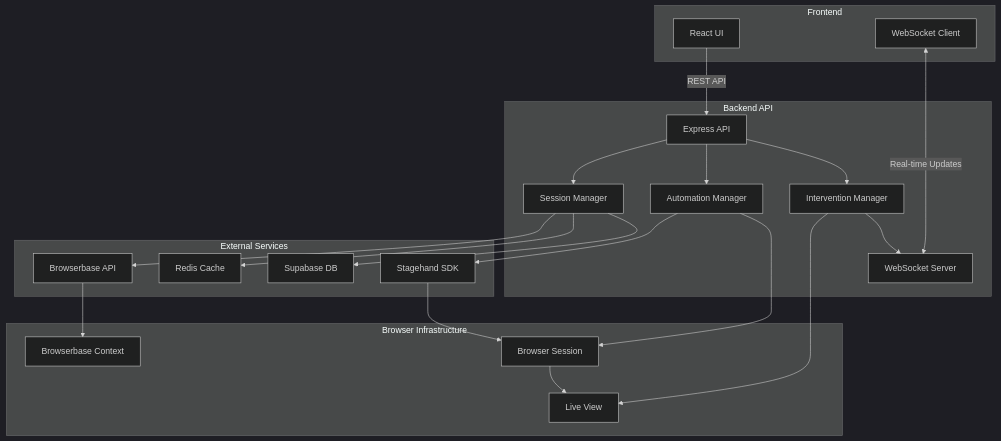
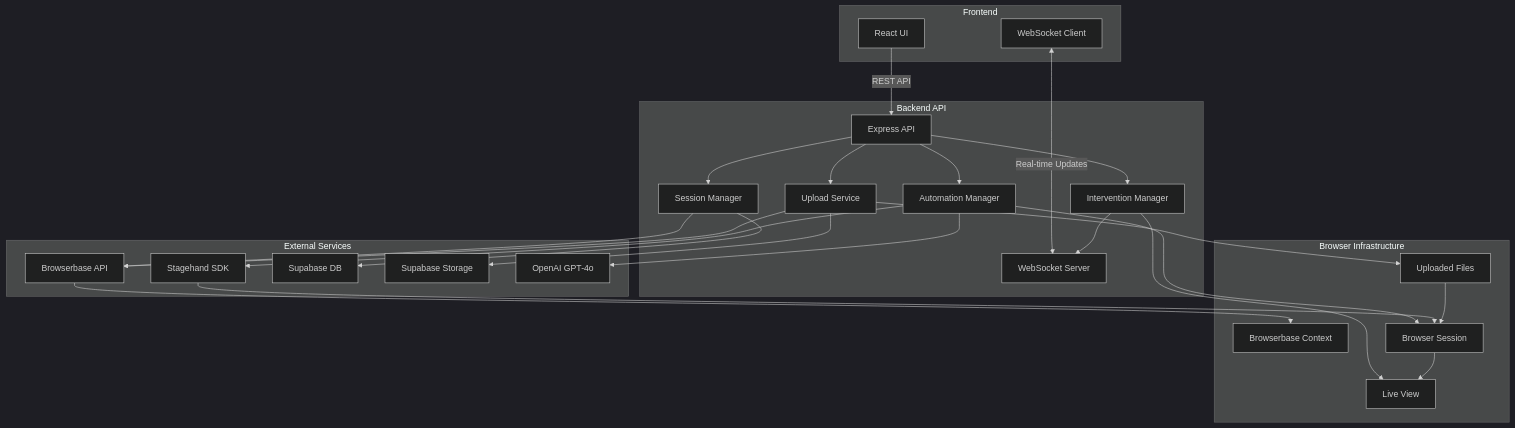
The diagram in docs/linkedin-automation-architecture.md (usmanomer1/joboticbackend), drawn with Mermaid (dark theme) before and after one commit. The commit also changed other lines of this file, not shown here.

````diff
--- a/docs/linkedin-automation-architecture.md
+++ b/docs/linkedin-automation-architecture.md
@@ -9,48 +9,57 @@
 ```mermaid
 graph TB
     subgraph "Frontend"
         UI[React UI]
         WS[WebSocket Client]
     end
     
     subgraph "Backend API"
         API[Express API]
         WSS[WebSocket Server]
         SM[Session Manager]
         AM[Automation Manager]
         IM[Intervention Manager]
+        US[Upload Service]
     end
     
     subgraph "External Services"
         BB[Browserbase API]
         SH[Stagehand SDK]
         SUP[Supabase DB]
-        REDIS[Redis Cache]
+        SS[Supabase Storage]
+        OAI[OpenAI GPT-4o]
     end
     
     subgraph "Browser Infrastructure"
         BC[Browserbase Context]
         BS[Browser Session]
         LV[Live View]
+        UF[Uploaded Files]
     end
     
     UI -->|REST API| API
     WS <-->|Real-time Updates| WSS
     API --> SM
     API --> AM
     API --> IM
+    API --> US
     
     SM --> BB
-    SM --> REDIS
     SM --> SUP
     
     AM --> SH
     AM --> BS
+    AM --> OAI
     
     IM --> LV
     IM --> WSS
     
+    US --> SS
+    US --> BB
+    US --> UF
+    
     BB --> BC
     SH --> BS
     BS --> LV
+    UF --> BS
 ```
````
